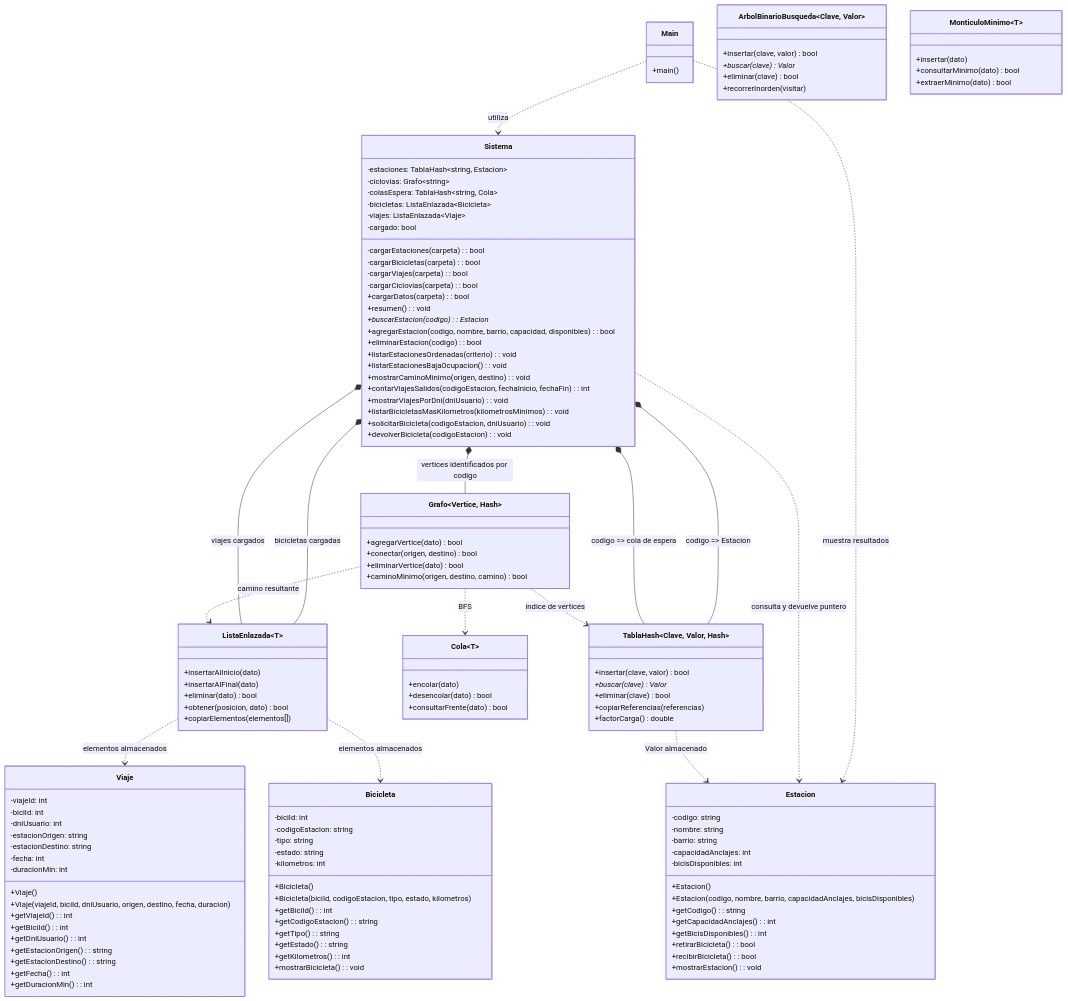
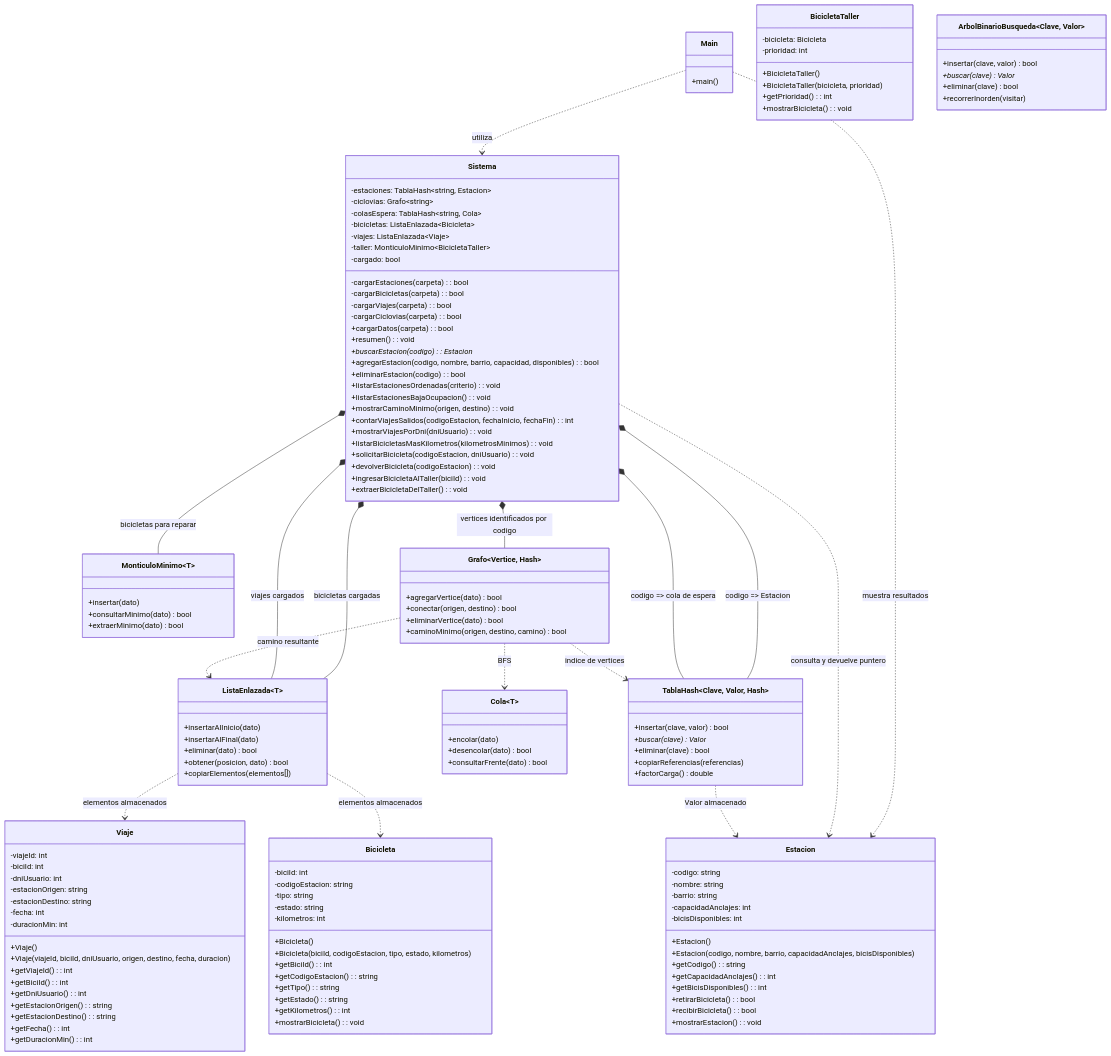
Before and after one commit to cberto/algoritmos: the diagram in TP - Integrador/UML_ACTUAL.md, drawn with Mermaid. The commit also changed other lines of this file and 7 other files, not shown here.

```diff
--- a/TP - Integrador/UML_ACTUAL.md
+++ b/TP - Integrador/UML_ACTUAL.md
@@ -18,6 +18,7 @@
         -colasEspera: TablaHash~string, Cola<int>~
         -bicicletas: ListaEnlazada~Bicicleta~
         -viajes: ListaEnlazada~Viaje~
+        -taller: MonticuloMinimo~BicicletaTaller~
         -cargado: bool
         +cargarDatos(carpeta): bool
         +resumen(): void
@@ -32,6 +33,8 @@
         +listarBicicletasMasKilometros(kilometrosMinimos): void
         +solicitarBicicleta(codigoEstacion, dniUsuario): void
         +devolverBicicleta(codigoEstacion): void
+        +ingresarBicicletaAlTaller(biciId): void
+        +extraerBicicletaDelTaller(): void
     }
 
     class Estacion {
@@ -63,6 +66,15 @@
         +getTipo(): string
         +getEstado(): string
         +getKilometros(): int
+        +mostrarBicicleta(): void
+    }
+
+    class BicicletaTaller {
+        -bicicleta: Bicicleta
+        -prioridad: int
+        +BicicletaTaller()
+        +BicicletaTaller(bicicleta, prioridad)
+        +getPrioridad(): int
         +mostrarBicicleta(): void
     }
 
@@ -134,6 +146,7 @@
     Sistema *-- TablaHash~string, Cola<int>~ : codigo => cola de espera
     Sistema *-- ListaEnlazada~Bicicleta~ : bicicletas cargadas
     Sistema *-- ListaEnlazada~Viaje~ : viajes cargados
+    Sistema *-- MonticuloMinimo~BicicletaTaller~ : bicicletas para reparar
     Sistema ..> Estacion : consulta y devuelve puntero
     TablaHash ..> Estacion : Valor almacenado
     ListaEnlazada ..> Viaje : elementos almacenados
```
